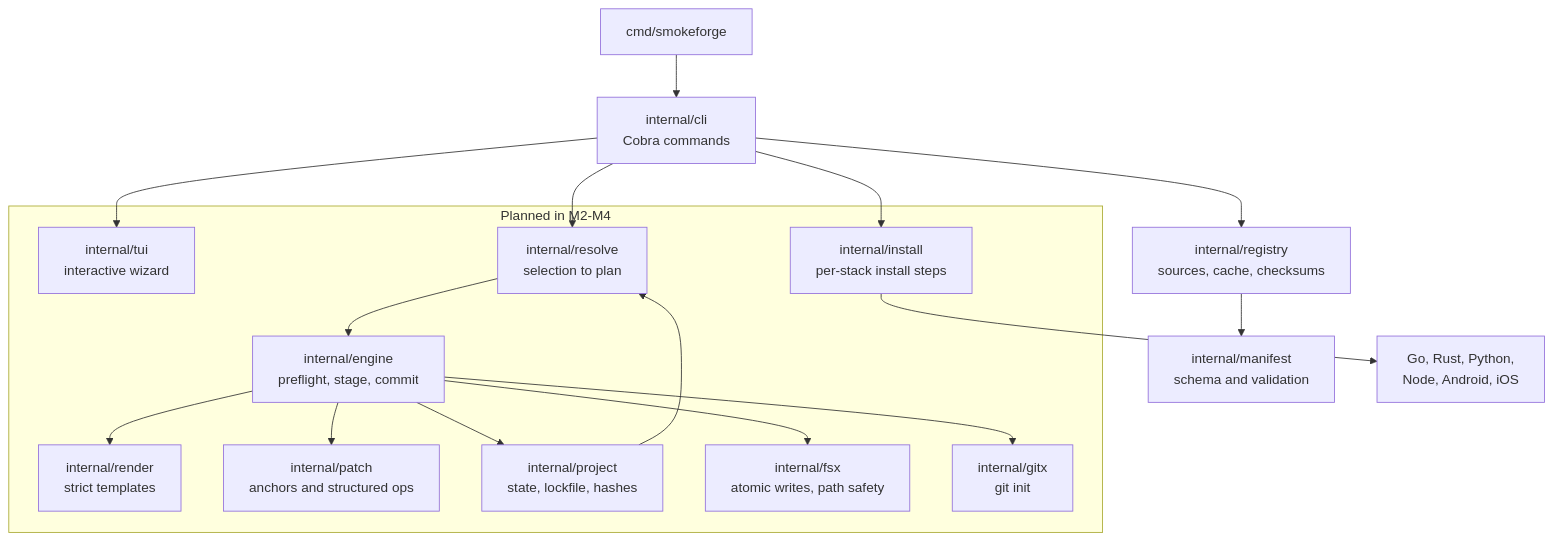
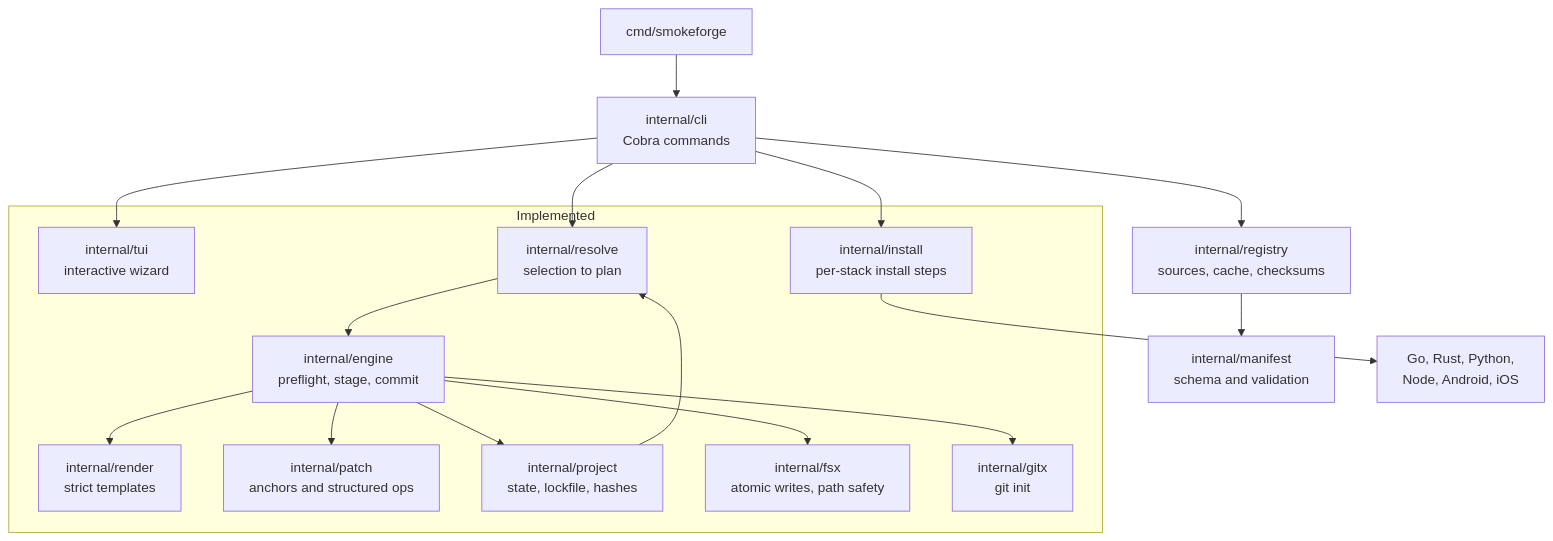
Before and after one commit to BoatengPeter/smokeforge: the second of 10 diagrams in docs/architecture.md, drawn with Mermaid. The commit also changed other lines of this file and 19 other files, not shown here.

````diff
--- a/docs/architecture.md
+++ b/docs/architecture.md
@@ -37,32 +37,32 @@
 ```mermaid
 flowchart TD
     cmd["cmd/smokeforge"] --> cli["internal/cli\nCobra commands"]
     cli --> tui["internal/tui\ninteractive wizard"]
 
     cli --> resolve["internal/resolve\nselection to plan"]
     cli --> registry["internal/registry\nsources, cache, checksums"]
     registry --> manifest["internal/manifest\nschema and validation"]
 
     resolve --> engine["internal/engine\npreflight, stage, commit"]
     engine --> render["internal/render\nstrict templates"]
     engine --> patch["internal/patch\nanchors and structured ops"]
     engine --> project["internal/project\nstate, lockfile, hashes"]
     engine --> fsx["internal/fsx\natomic writes, path safety"]
     engine --> gitx["internal/gitx\ngit init"]
 
     cli --> install["internal/install\nper-stack install steps"]
     project --> resolve
     install --> toolchains["Go, Rust, Python,\nNode, Android, iOS"]
 
-    subgraph planned["Planned in M2-M4"]
+    subgraph implemented["Implemented"]
         resolve
         engine
         render
         patch
         project
         fsx
         gitx
         install
         tui
     end
 ```
````
